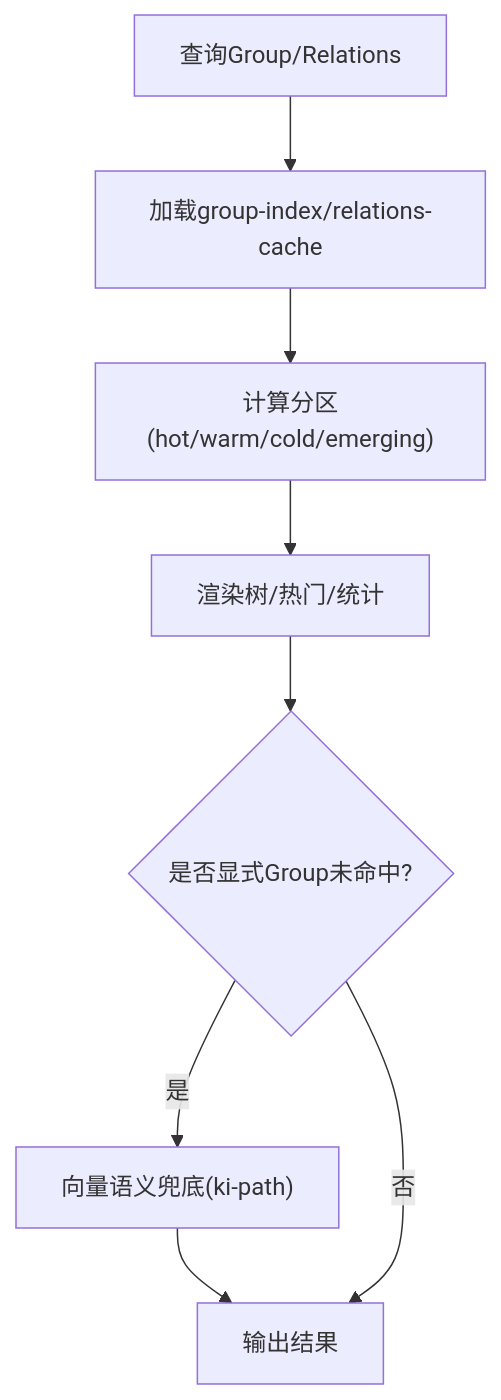
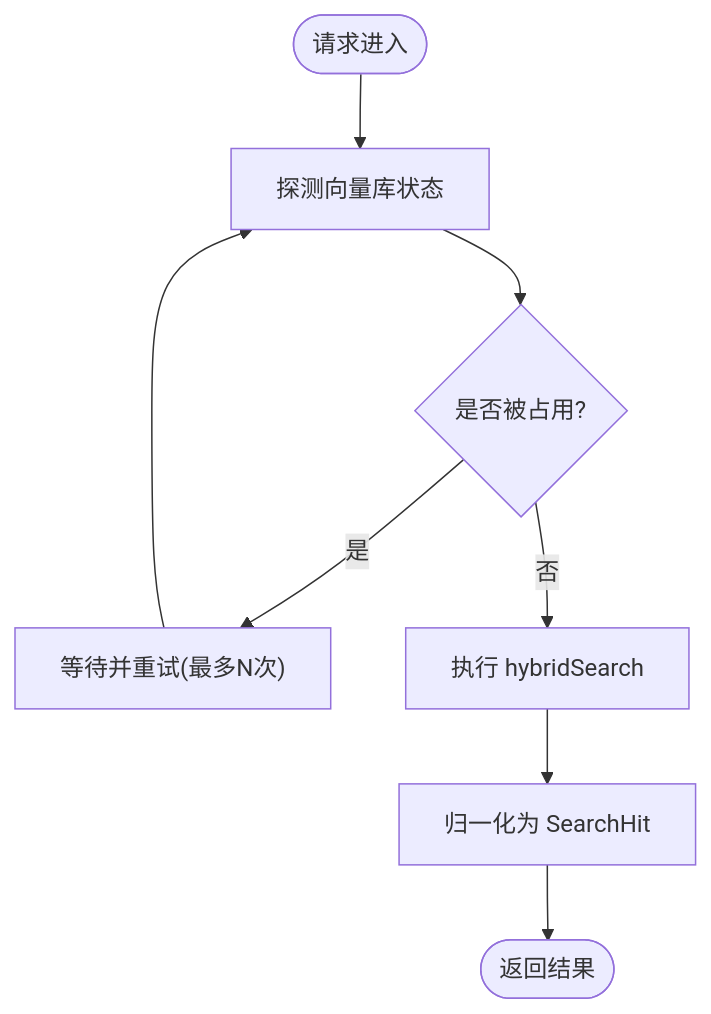
One commit to HACK-WU/kisearch changed the fifth of 8 diagrams in .qoder/repowiki/zh/content/项目概述/项目概述.md. Above: the diagram before and after it, drawn with Mermaid. The commit also changed other lines of this file and 623 other files, not shown here.

````diff
--- a/.qoder/repowiki/zh/content/项目概述/项目概述.md
+++ b/.qoder/repowiki/zh/content/项目概述/项目概述.md
@@ -231,10 +221,10 @@
 ```mermaid
 flowchart TD
-Q["查询Group/Relations"] --> Load["加载group-index/relations-cache"]
-Load --> Partition["计算分区(hot/warm/cold/emerging)"]
-Partition --> Render["渲染树/热门/统计"]
-Render --> Fallback{"是否显式Group未命中?"}
-Fallback -- 是 --> Sem["向量语义兜底(ki-path)"]
-Sem --> Output["输出结果"]
-Fallback -- 否 --> Output
+Start(["请求进入"]) --> CheckLock["探测向量库状态"]
+CheckLock --> Locked{"是否被占用?"}
+Locked -- 是 --> Wait["等待并重试(最多N次)"]
+Wait --> CheckLock
+Locked -- 否 --> Hybrid["执行 hybridSearch"]
+Hybrid --> Normalize["归一化为 SearchHit"]
+Normalize --> End(["返回结果"])
 ```
````
